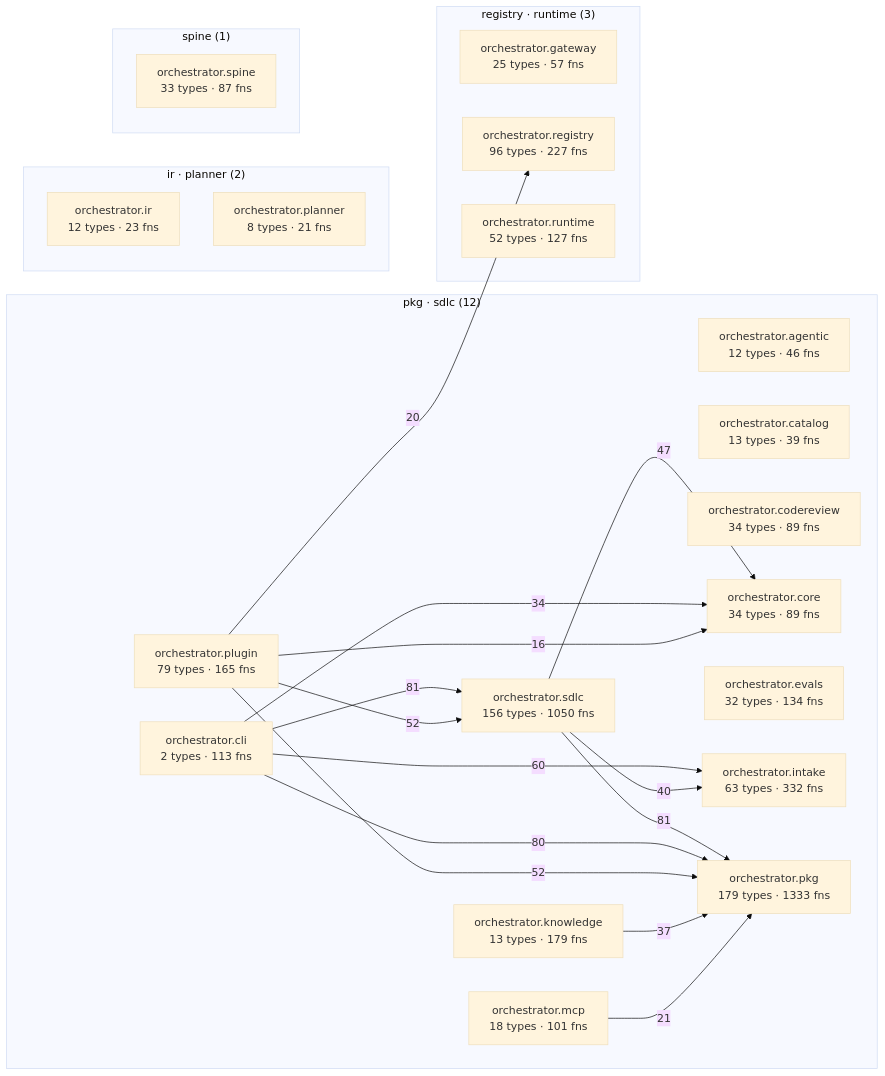
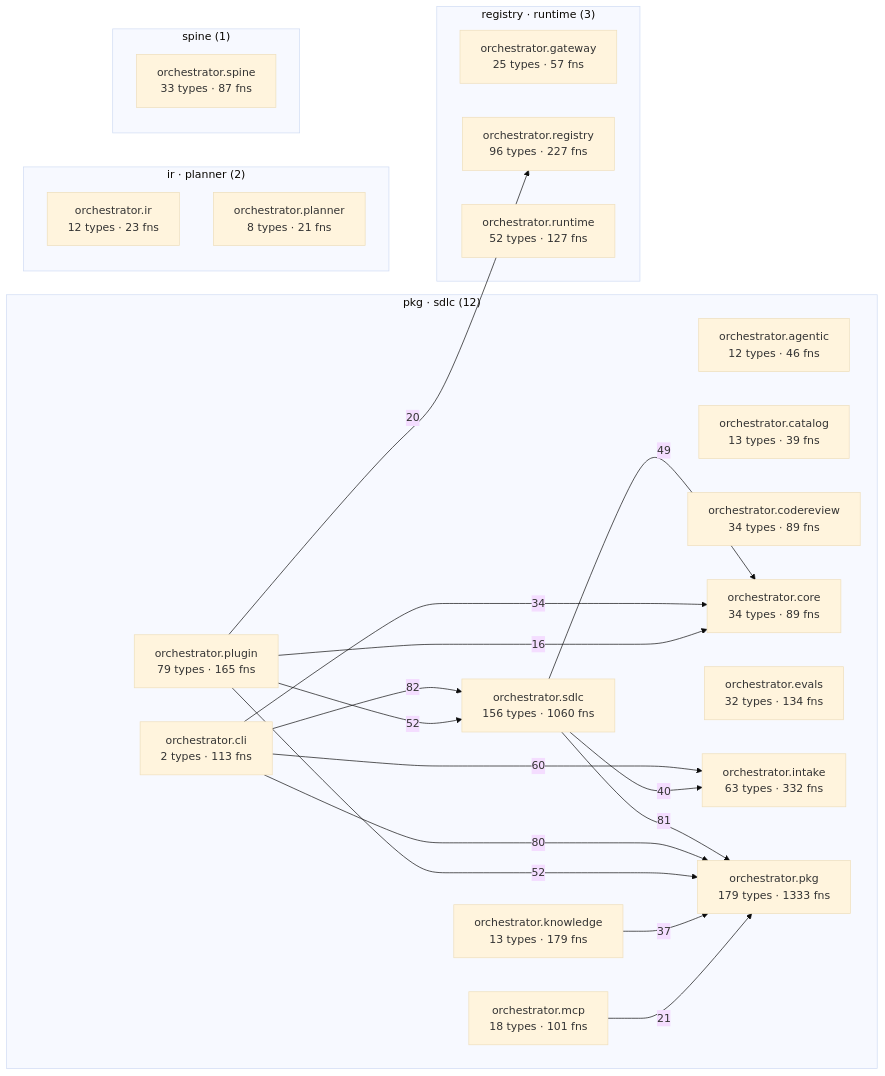
One commit to synaptixs/spine changed the diagram in episteme/architecture.md. Above: the diagram before and after it, drawn with Mermaid (base theme). The commit also changed other lines of this file and 17 other files, not shown here.

````diff
--- a/episteme/architecture.md
+++ b/episteme/architecture.md
@@ -56,42 +56,42 @@
 ```mermaid
 flowchart LR
   subgraph c_2["pkg · sdlc (12)"]
     aorchestratoragentic["orchestrator.agentic<br/>12 types · 46 fns"]
     aorchestratorcatalog["orchestrator.catalog<br/>13 types · 39 fns"]
     aorchestratorcli["orchestrator.cli<br/>2 types · 113 fns"]
     aorchestratorcodereview["orchestrator.codereview<br/>34 types · 89 fns"]
     aorchestratorcore["orchestrator.core<br/>34 types · 89 fns"]
     aorchestratorevals["orchestrator.evals<br/>32 types · 134 fns"]
     aorchestratorintake["orchestrator.intake<br/>63 types · 332 fns"]
     aorchestratorknowledge["orchestrator.knowledge<br/>13 types · 179 fns"]
     aorchestratormcp["orchestrator.mcp<br/>18 types · 101 fns"]
     aorchestratorpkg["orchestrator.pkg<br/>179 types · 1333 fns"]
     aorchestratorplugin["orchestrator.plugin<br/>79 types · 165 fns"]
-    aorchestratorsdlc["orchestrator.sdlc<br/>156 types · 1050 fns"]
+    aorchestratorsdlc["orchestrator.sdlc<br/>156 types · 1060 fns"]
   end
   subgraph c_5["registry · runtime (3)"]
     aorchestratorgateway["orchestrator.gateway<br/>25 types · 57 fns"]
     aorchestratorregistry["orchestrator.registry<br/>96 types · 227 fns"]
     aorchestratorruntime["orchestrator.runtime<br/>52 types · 127 fns"]
   end
   subgraph c_7["ir · planner (2)"]
     aorchestratorir["orchestrator.ir<br/>12 types · 23 fns"]
     aorchestratorplanner["orchestrator.planner<br/>8 types · 21 fns"]
   end
   subgraph c_12["spine (1)"]
     aorchestratorspine["orchestrator.spine<br/>33 types · 87 fns"]
   end
-  aorchestratorcli -->|81| aorchestratorsdlc
+  aorchestratorcli -->|82| aorchestratorsdlc
   aorchestratorsdlc -->|81| aorchestratorpkg
   aorchestratorcli -->|80| aorchestratorpkg
   aorchestratorcli -->|60| aorchestratorintake
   aorchestratorplugin -->|52| aorchestratorpkg
   aorchestratorplugin -->|52| aorchestratorsdlc
-  aorchestratorsdlc -->|47| aorchestratorcore
+  aorchestratorsdlc -->|49| aorchestratorcore
   aorchestratorsdlc -->|40| aorchestratorintake
   aorchestratorknowledge -->|37| aorchestratorpkg
   aorchestratorcli -->|34| aorchestratorcore
   aorchestratormcp -->|21| aorchestratorpkg
   aorchestratorplugin -->|20| aorchestratorregistry
   aorchestratorplugin -->|16| aorchestratorcore
 ```
````
